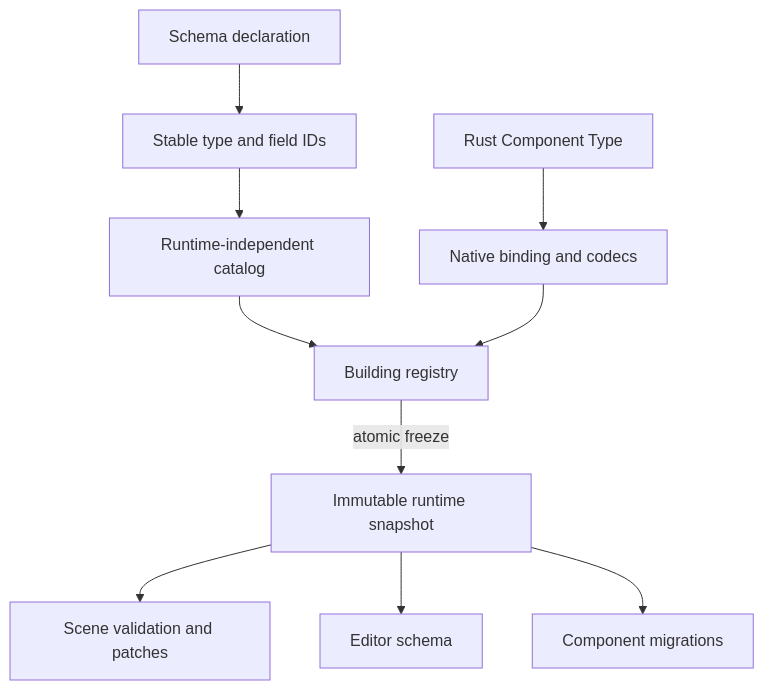
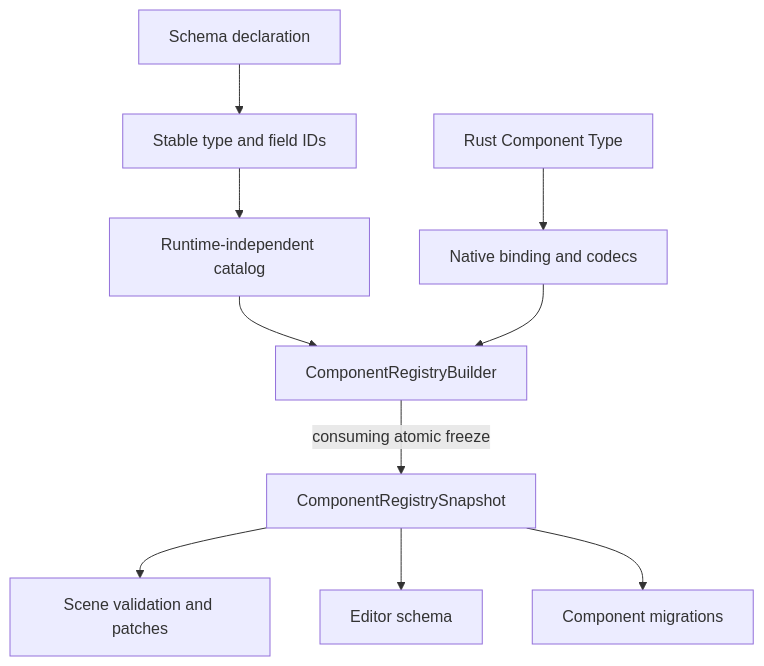
Before and after one commit to Latias94/nara: the diagram in docs/architecture/adr/0011-component-schema-ids-and-migrations.md, drawn with Mermaid. The commit also changed other lines of this file and 187 other files, not shown here.

````diff
--- a/docs/architecture/adr/0011-component-schema-ids-and-migrations.md
+++ b/docs/architecture/adr/0011-component-schema-ids-and-migrations.md
@@ -71,12 +72,12 @@
 ```mermaid
 flowchart TD
     RustType[Rust Component Type] --> Binding[Native binding and codecs]
     Source[Schema declaration] --> StableId[Stable type and field IDs]
     StableId --> Catalog[Runtime-independent catalog]
-    Catalog --> Registry[Building registry]
+    Catalog --> Registry[ComponentRegistryBuilder]
     Binding --> Registry
-    Registry -->|atomic freeze| Snapshot[Immutable runtime snapshot]
+    Registry -->|consuming atomic freeze| Snapshot[ComponentRegistrySnapshot]
     Snapshot --> Scene[Scene validation and patches]
     Snapshot --> Schema[Editor schema]
     Snapshot --> Migrations[Component migrations]
 ```
````
